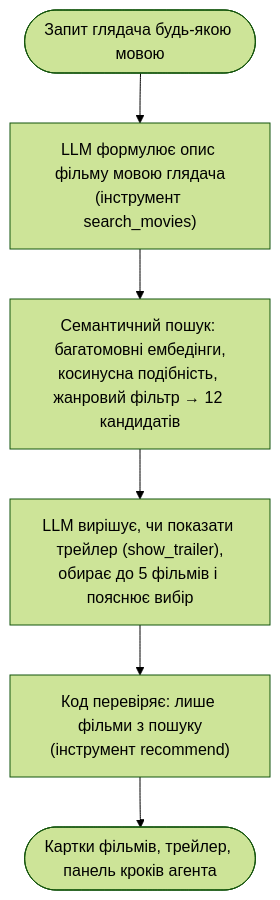
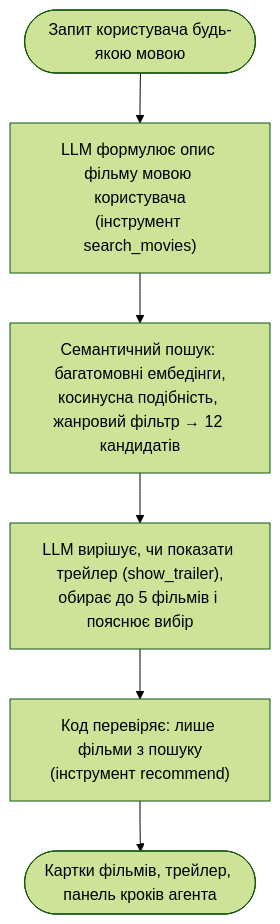
One commit to woldemarg/movie_rs changed the diagram in README.md. Above: the diagram before and after it, drawn with Mermaid (forest theme). The commit also changed other lines of this file and 38 other files, not shown here.

````diff
--- a/README.md
+++ b/README.md
@@ -23,11 +23,11 @@
 ```mermaid
 flowchart TB
-    q(["Запит глядача будь-якою мовою"])
-    llm1["LLM формулює опис фільму мовою глядача<br/>(інструмент search_movies)"]
+    q(["Запит користувача будь-якою мовою"])
+    llm1["LLM формулює опис фільму мовою користувача<br/>(інструмент search_movies)"]
     search["Семантичний пошук: багатомовні ембедінги,<br/>косинусна подібність, жанровий фільтр → 12 кандидатів"]
     llm2["LLM вирішує, чи показати трейлер (show_trailer),<br/>обирає до 5 фільмів і пояснює вибір"]
     check["Код перевіряє: лише фільми з пошуку<br/>(інструмент recommend)"]
     ui(["Картки фільмів, трейлер, панель кроків агента"])
 
     q --> llm1 --> search --> llm2 --> check --> ui
 ```
````
